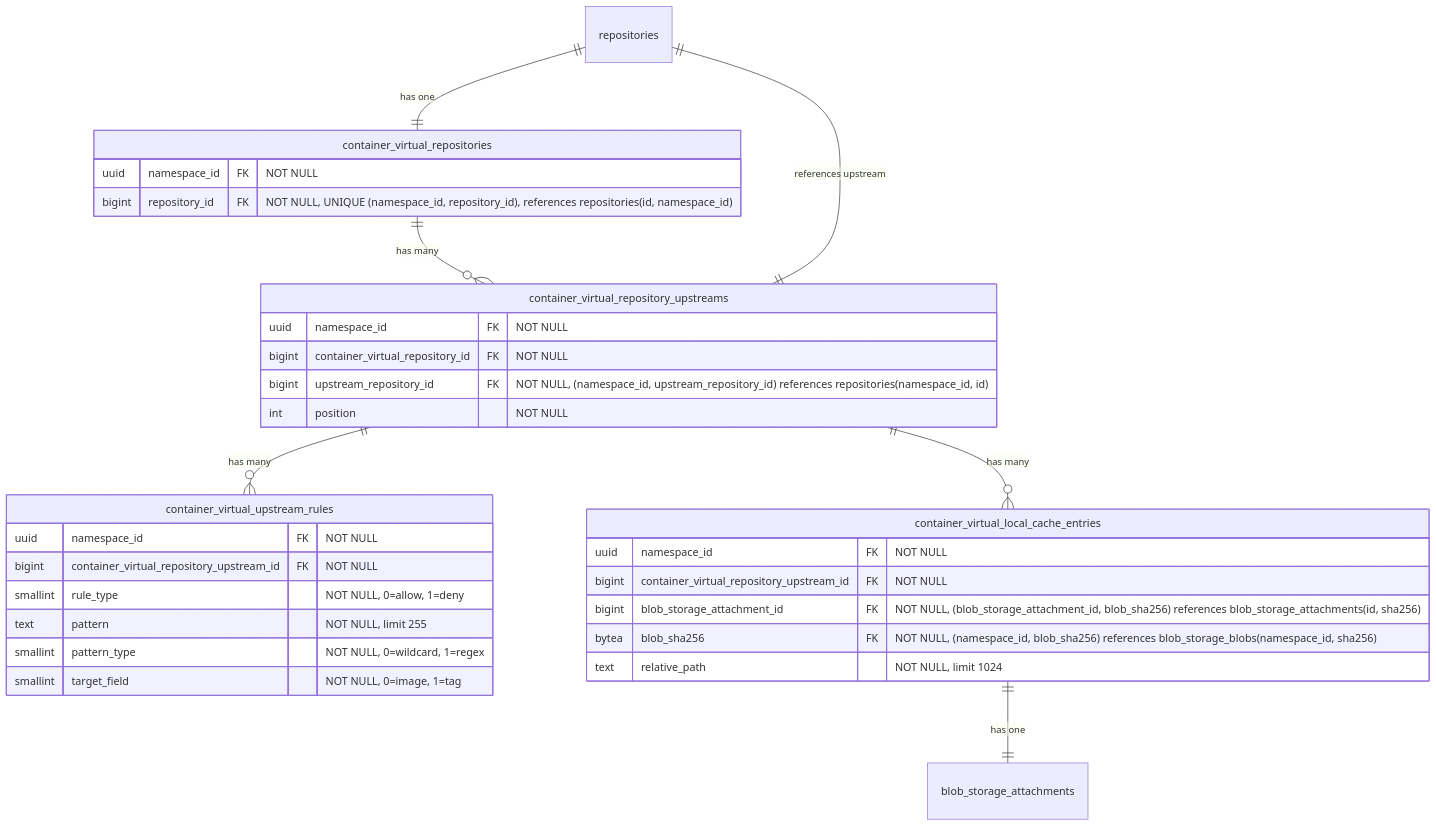
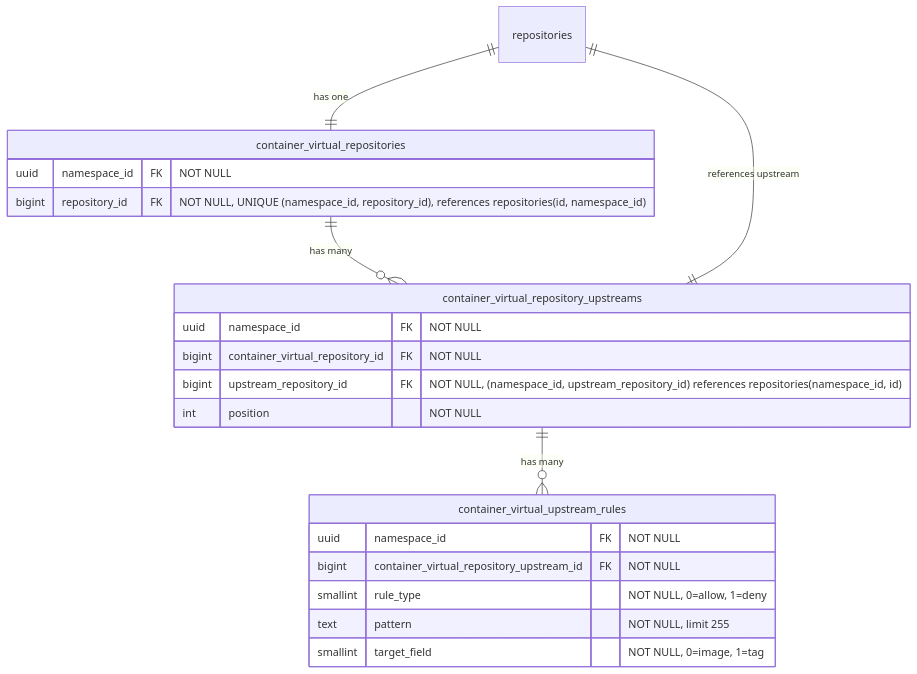
The ninth of 19 diagrams in content/handbook/engineering/architecture/design-documents/artifact_registry/decisions/007_database_schema.md (kyama0/gitlab-handbook-ja), drawn with Mermaid before and after one commit. The commit also changed other lines of this file and 1 other file, not shown here.

First line of the commit message:
translation: batch 2026-05-18-1 part 2 (ADR-007 database schema)

````diff
--- a/content/handbook/engineering/architecture/design-documents/artifact_registry/decisions/007_database_schema.md
+++ b/content/handbook/engineering/architecture/design-documents/artifact_registry/decisions/007_database_schema.md
@@ -543,38 +619,27 @@
 ```mermaid
 erDiagram
     repositories ||--|| container_virtual_repositories : "has one"
     container_virtual_repositories ||--o{ container_virtual_repository_upstreams : "has many"
     container_virtual_repository_upstreams ||--|| repositories : "references upstream"
     container_virtual_repository_upstreams ||--o{ container_virtual_upstream_rules : "has many"
-    container_virtual_repository_upstreams ||--o{ container_virtual_local_cache_entries : "has many"
-    container_virtual_local_cache_entries ||--|| blob_storage_attachments : "has one"
 
     container_virtual_repositories {
         uuid namespace_id FK "NOT NULL"
         bigint repository_id FK "NOT NULL, UNIQUE (namespace_id, repository_id), references repositories(id, namespace_id)"
     }
 
     container_virtual_repository_upstreams {
         uuid namespace_id FK "NOT NULL"
         bigint container_virtual_repository_id FK "NOT NULL"
         bigint upstream_repository_id FK "NOT NULL, (namespace_id, upstream_repository_id) references repositories(namespace_id, id)"
         int position "NOT NULL"
     }
 
     container_virtual_upstream_rules {
         uuid namespace_id FK "NOT NULL"
         bigint container_virtual_repository_upstream_id FK "NOT NULL"
         smallint rule_type "NOT NULL, 0=allow, 1=deny"
         text pattern "NOT NULL, limit 255"
-        smallint pattern_type "NOT NULL, 0=wildcard, 1=regex"
         smallint target_field "NOT NULL, 0=image, 1=tag"
     }
-
-    container_virtual_local_cache_entries {
-        uuid namespace_id FK "NOT NULL"
-        bigint container_virtual_repository_upstream_id FK "NOT NULL"
-        bigint blob_storage_attachment_id FK "NOT NULL, (blob_storage_attachment_id, blob_sha256) references blob_storage_attachments(id, sha256)"
-        bytea blob_sha256 FK "NOT NULL, (namespace_id, blob_sha256) references blob_storage_blobs(namespace_id, sha256)"
-        text relative_path "NOT NULL, limit 1024"
-    }
 ```
````
